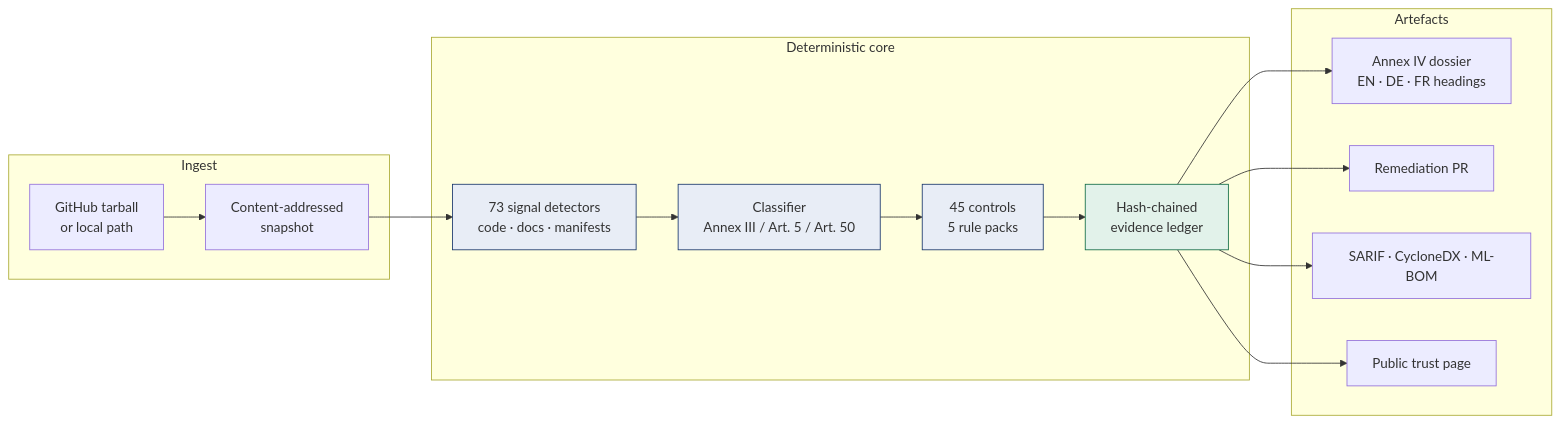
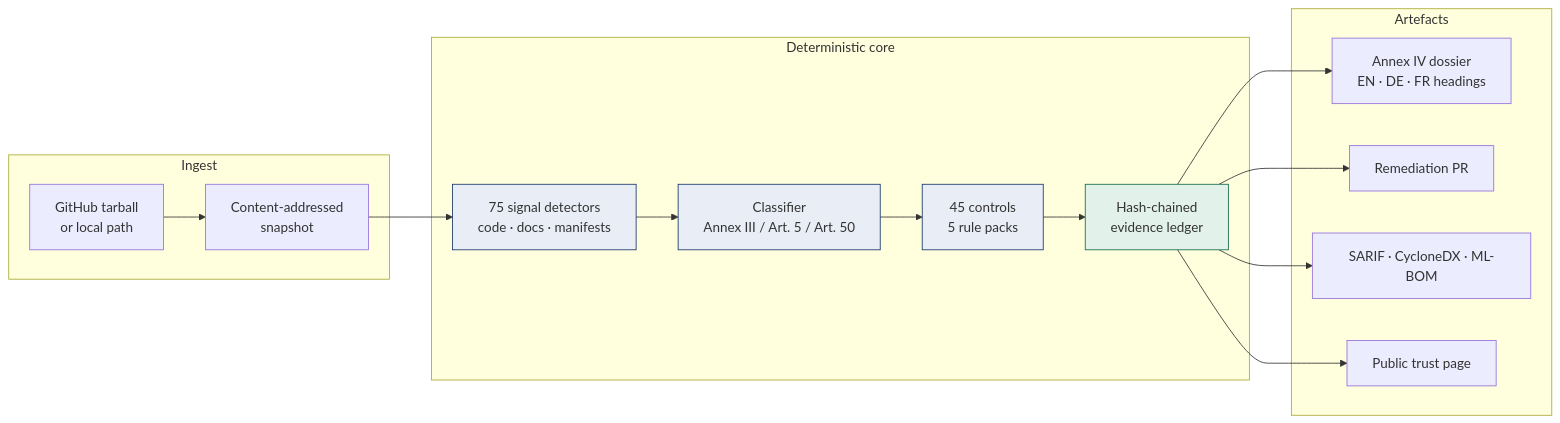
Before and after one commit to shi1720/LexHack: the diagram in README.md, drawn with Mermaid. The commit also changed other lines of this file and 46 other files, not shown here.

````diff
--- a/README.md
+++ b/README.md
@@ -102,22 +120,22 @@
 ```mermaid
 flowchart LR
   subgraph Ingest
     A[GitHub tarball<br/>or local path] --> B[Content-addressed<br/>snapshot]
   end
   subgraph Deterministic core
-    B --> C[73 signal detectors<br/>code · docs · manifests]
+    B --> C[75 signal detectors<br/>code · docs · manifests]
     C --> D[Classifier<br/>Annex III / Art. 5 / Art. 50]
     D --> E[45 controls<br/>5 rule packs]
     E --> F[Hash-chained<br/>evidence ledger]
   end
   subgraph Artefacts
     F --> G[Annex IV dossier<br/>EN · DE · FR headings]
     F --> H[Remediation PR]
     F --> I[SARIF · CycloneDX · ML-BOM]
     F --> J[Public trust page]
   end
   style C fill:#e8edf6,stroke:#17356b
   style D fill:#e8edf6,stroke:#17356b
   style E fill:#e8edf6,stroke:#17356b
   style F fill:#e2f2ea,stroke:#0f6b45
 ```
````
